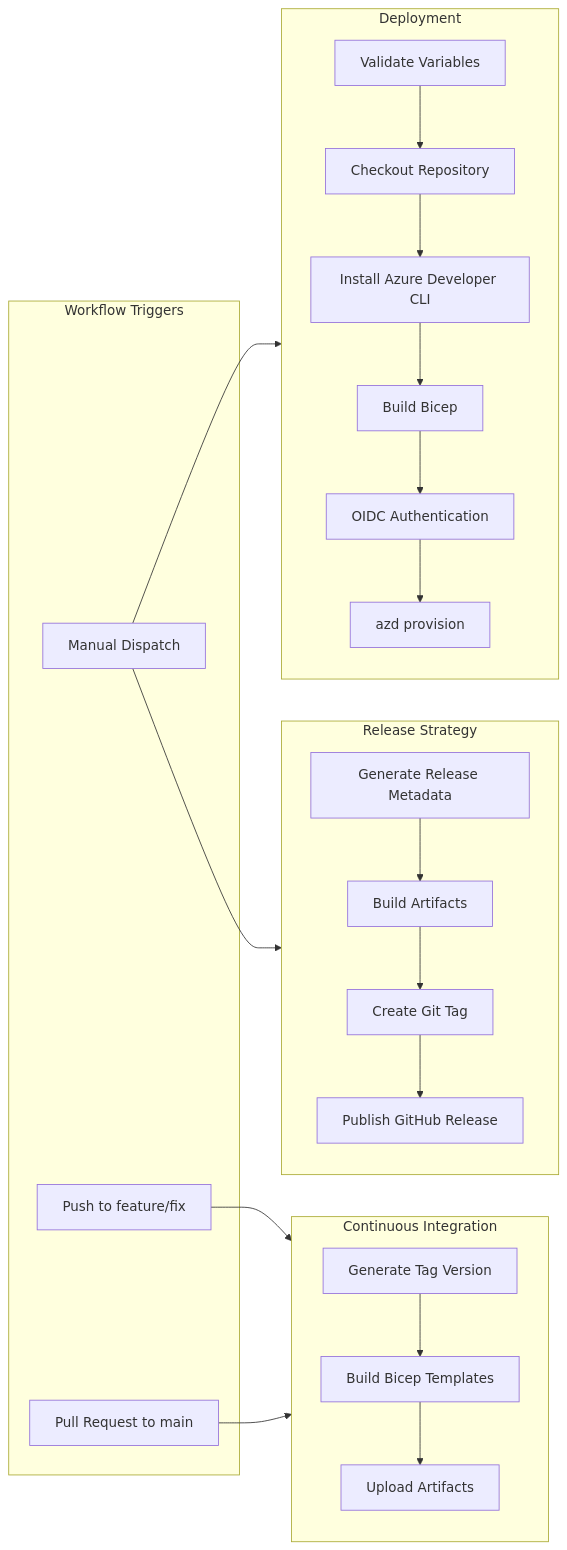
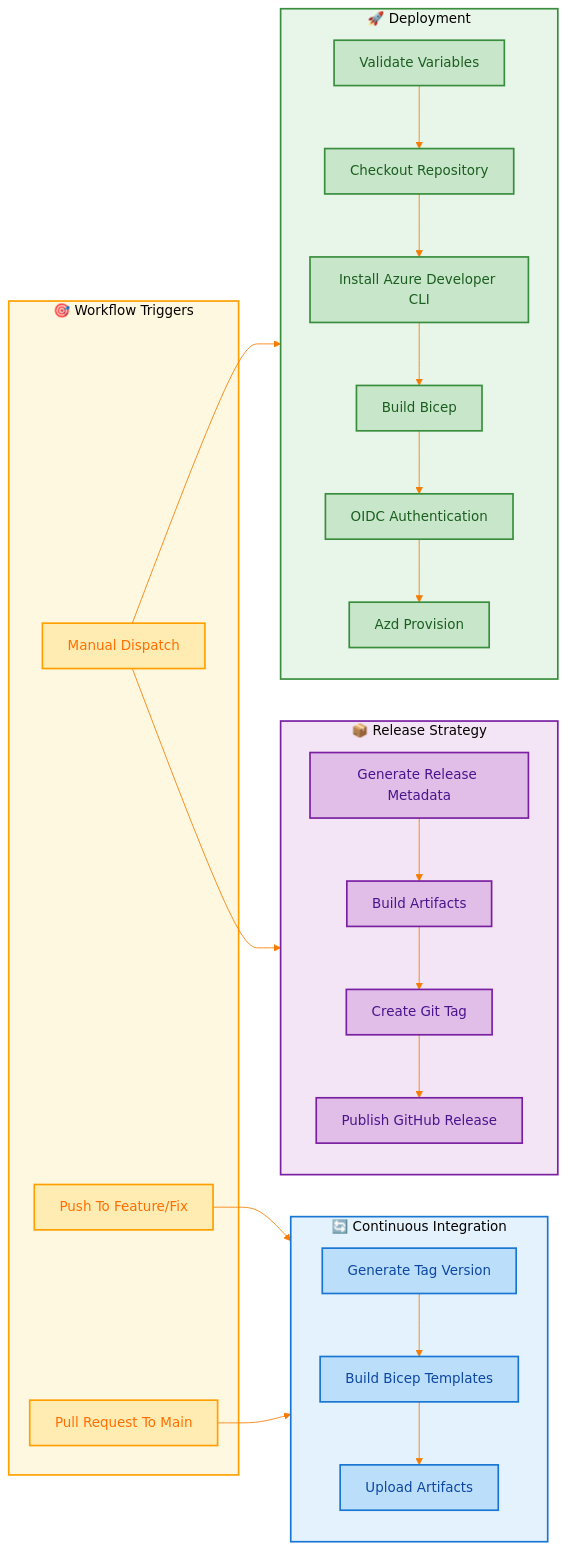
One commit to Evilazaro/DevExp-DevBox changed the sixth of 8 diagrams in docs/architecture/Technology.md. Above: the diagram before and after it, drawn with Mermaid. The commit also changed other lines of this file, not shown here.

Commit message:
docs: enhance Technology Architecture diagrams with improved styling and clarity

````diff
--- a/docs/architecture/Technology.md
+++ b/docs/architecture/Technology.md
@@ -393,47 +476,58 @@
 ```mermaid
+%%{init: {'theme': 'base', 'themeVariables': {'primaryColor': '#FFF3E0', 'lineColor': '#F57C00'}}}%%
 flowchart LR
-    subgraph Trigger["Workflow Triggers"]
-        manual["Manual Dispatch"]
-        push["Push to feature/fix"]
-        pr["Pull Request to main"]
+    classDef trigger fill:#FFECB3,stroke:#FFA000,stroke-width:2px,color:#FF6F00
+    classDef ci fill:#BBDEFB,stroke:#1976D2,stroke-width:2px,color:#0D47A1
+    classDef deploy fill:#C8E6C9,stroke:#388E3C,stroke-width:2px,color:#1B5E20
+    classDef release fill:#E1BEE7,stroke:#7B1FA2,stroke-width:2px,color:#4A148C
+
+    subgraph Trigger["🎯 Workflow Triggers"]
+        manual["Manual Dispatch"]:::trigger
+        push["Push To Feature/Fix"]:::trigger
+        pr["Pull Request To Main"]:::trigger
     end
 
-    subgraph CI["Continuous Integration"]
-        version["Generate Tag Version"]
-        build_ci["Build Bicep Templates"]
-        upload_ci["Upload Artifacts"]
+    subgraph CI["🔄 Continuous Integration"]
+        version["Generate Tag Version"]:::ci
+        build_ci["Build Bicep Templates"]:::ci
+        upload_ci["Upload Artifacts"]:::ci
     end
 
-    subgraph Deploy["Deployment"]
-        validate["Validate Variables"]
-        checkout["Checkout Repository"]
-        azd_install["Install Azure Developer CLI"]
-        bicep_build["Build Bicep"]
-        azure_auth["OIDC Authentication"]
-        provision["azd provision"]
+    subgraph Deploy["🚀 Deployment"]
+        validate["Validate Variables"]:::deploy
+        checkout["Checkout Repository"]:::deploy
+        azd_install["Install Azure Developer CLI"]:::deploy
+        bicep_build["Build Bicep"]:::deploy
+        azure_auth["OIDC Authentication"]:::deploy
+        provision["Azd Provision"]:::deploy
     end
 
-    subgraph Release["Release Strategy"]
-        gen_release["Generate Release Metadata"]
-        build_rel["Build Artifacts"]
-        create_tag["Create Git Tag"]
-        publish["Publish GitHub Release"]
+    subgraph Release["📦 Release Strategy"]
+        gen_release["Generate Release Metadata"]:::release
+        build_rel["Build Artifacts"]:::release
+        create_tag["Create Git Tag"]:::release
+        publish["Publish GitHub Release"]:::release
     end
+
+    style Trigger fill:#FFF8E1,stroke:#FFA000,stroke-width:2px
+    style CI fill:#E3F2FD,stroke:#1976D2,stroke-width:2px
+    style Deploy fill:#E8F5E9,stroke:#388E3C,stroke-width:2px
+    style Release fill:#F3E5F5,stroke:#7B1FA2,stroke-width:2px
 
     push --> CI
     pr --> CI
     version --> build_ci
     build_ci --> upload_ci
 
     manual --> Deploy
     validate --> checkout
     checkout --> azd_install
     azd_install --> bicep_build
     bicep_build --> azure_auth
     azure_auth --> provision
 
     manual --> Release
     gen_release --> build_rel
     build_rel --> create_tag
     create_tag --> publish
 ```
````
